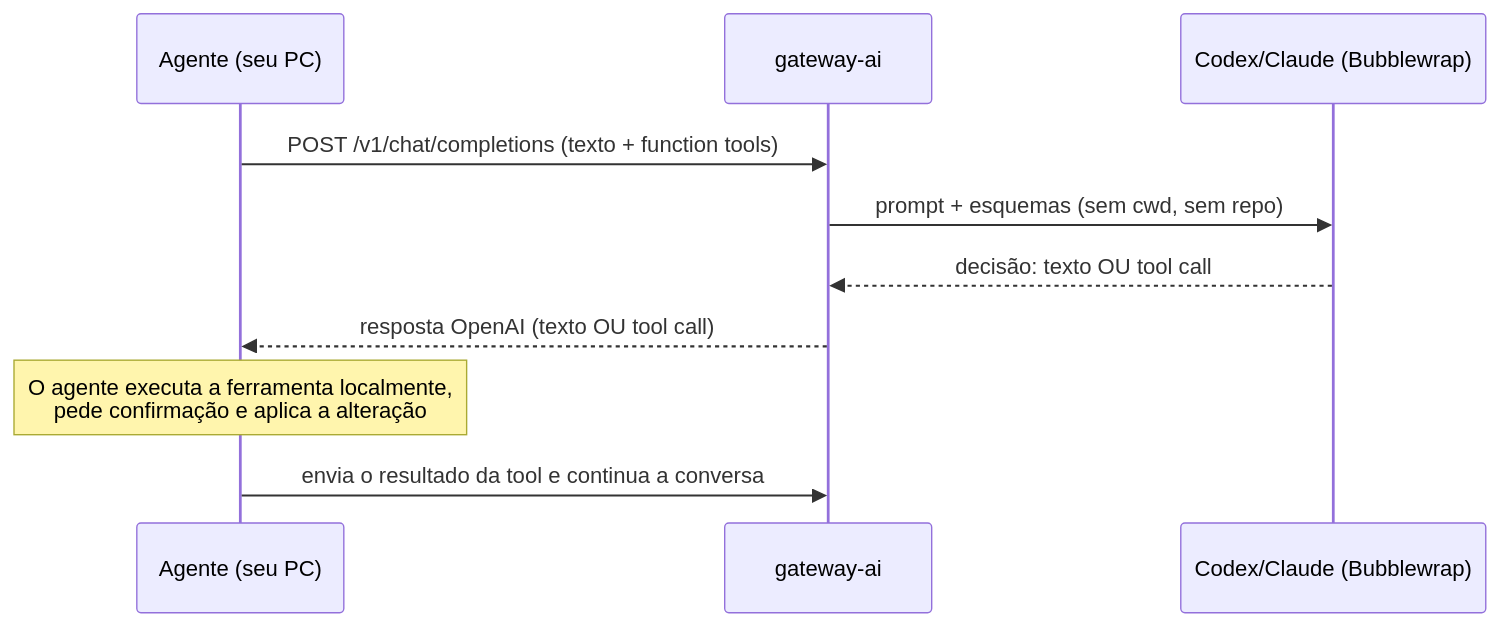
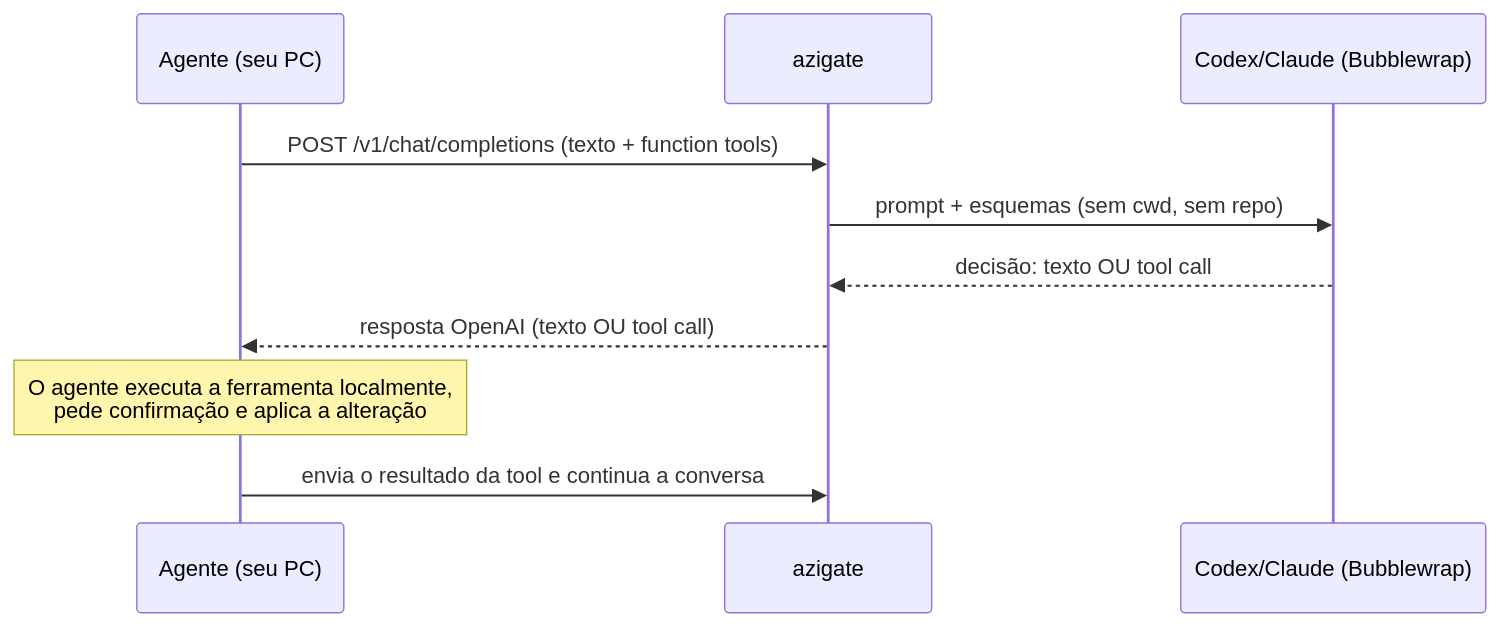
Before and after one commit to Picolino66/azigate: the second of 2 diagrams in README.md, drawn with Mermaid. The commit also changed other lines of this file and 29 other files, not shown here.

First line of the commit message:
refactor: rename gateway-ai to azigate across the project

````diff
--- a/README.md
+++ b/README.md
@@ -64,13 +64,13 @@
 ```mermaid
 sequenceDiagram
     participant Ag as Agente (seu PC)
-    participant Gw as gateway-ai
+    participant Gw as azigate
     participant Cli as Codex/Claude (Bubblewrap)
 
     Ag->>Gw: POST /v1/chat/completions (texto + function tools)
     Gw->>Cli: prompt + esquemas (sem cwd, sem repo)
     Cli-->>Gw: decisão: texto OU tool call
     Gw-->>Ag: resposta OpenAI (texto OU tool call)
     Note over Ag: O agente executa a ferramenta localmente,<br/>pede confirmação e aplica a alteração
     Ag->>Gw: envia o resultado da tool e continua a conversa
 ```
````
